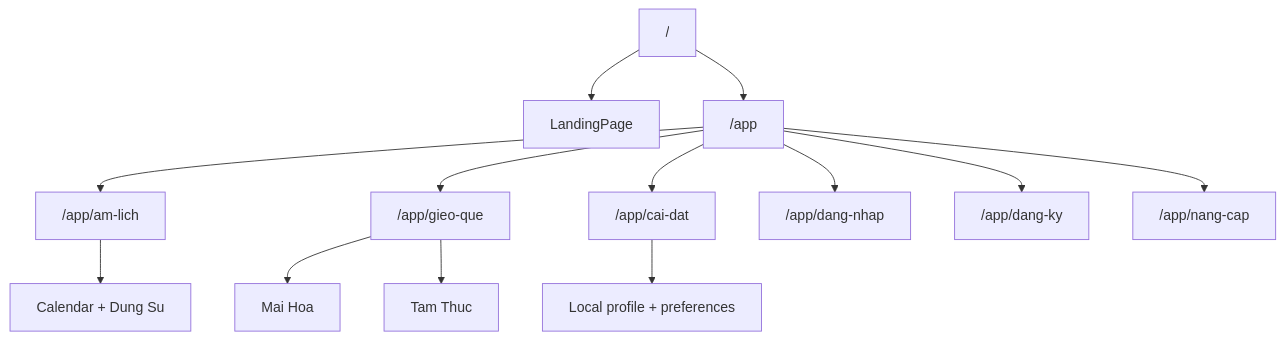
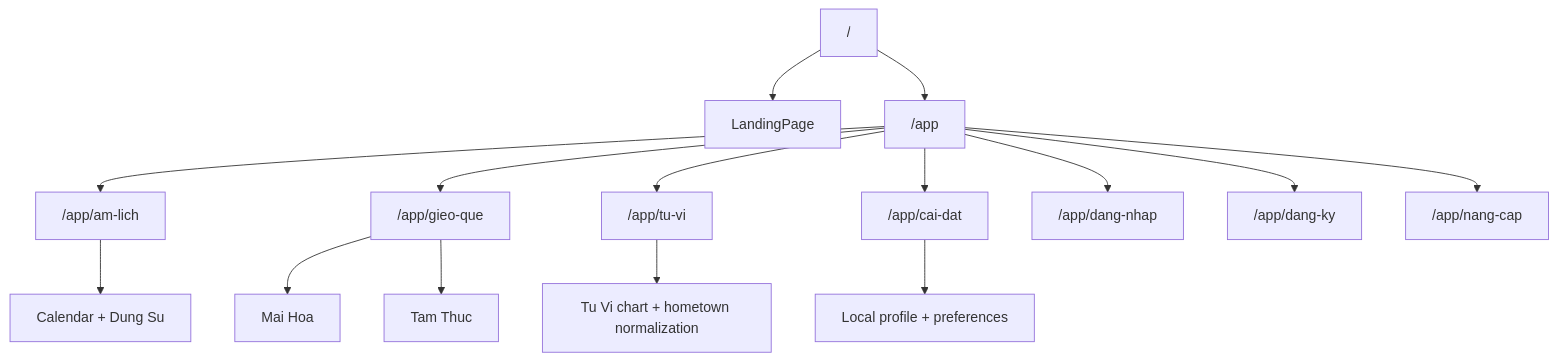
One commit to jakessteve/lich-viet changed the diagram in docs/tech/USERFLOW.md. Above: the diagram before and after it, drawn with Mermaid. The commit also changed other lines of this file and 2 other files, not shown here.

````diff
--- a/docs/tech/USERFLOW.md
+++ b/docs/tech/USERFLOW.md
@@ -10,16 +10,18 @@
 ```mermaid
 flowchart TD
     HOME["/"] --> LANDING["LandingPage"]
     HOME --> APP["/app"]
     APP --> AMLICH["/app/am-lich"]
     APP --> GIEOQUE["/app/gieo-que"]
+    APP --> TUVI["/app/tu-vi"]
     APP --> SETTINGS["/app/cai-dat"]
     APP --> LOGIN["/app/dang-nhap"]
     APP --> REGISTER["/app/dang-ky"]
     APP --> UPGRADE["/app/nang-cap"]
 
     AMLICH --> CALENDAR["Calendar + Dung Su"]
     GIEOQUE --> MAIHOA["Mai Hoa"]
     GIEOQUE --> TAMTHUC["Tam Thuc"]
+    TUVI --> CHART["Tu Vi chart + hometown normalization"]
     SETTINGS --> PROFILE["Local profile + preferences"]
 ```
````
